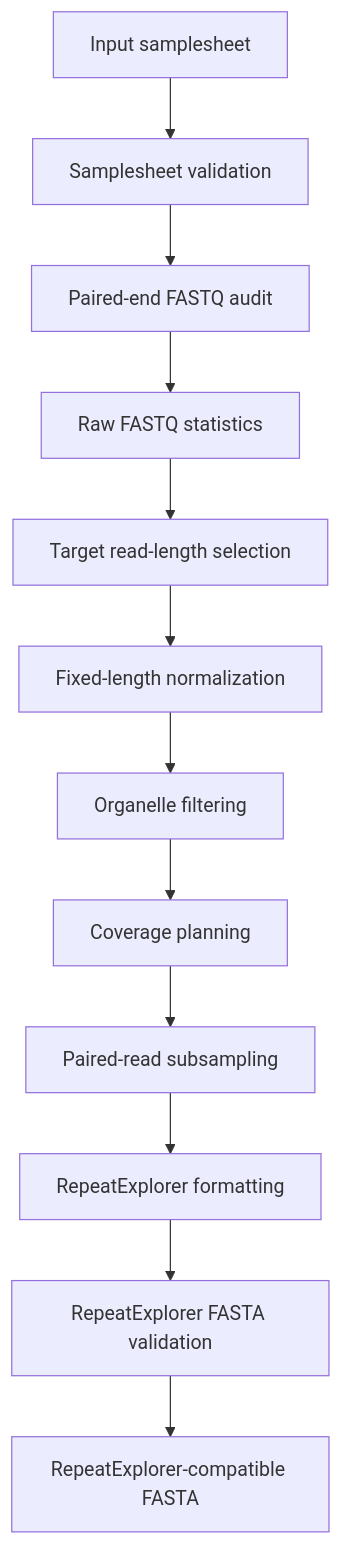
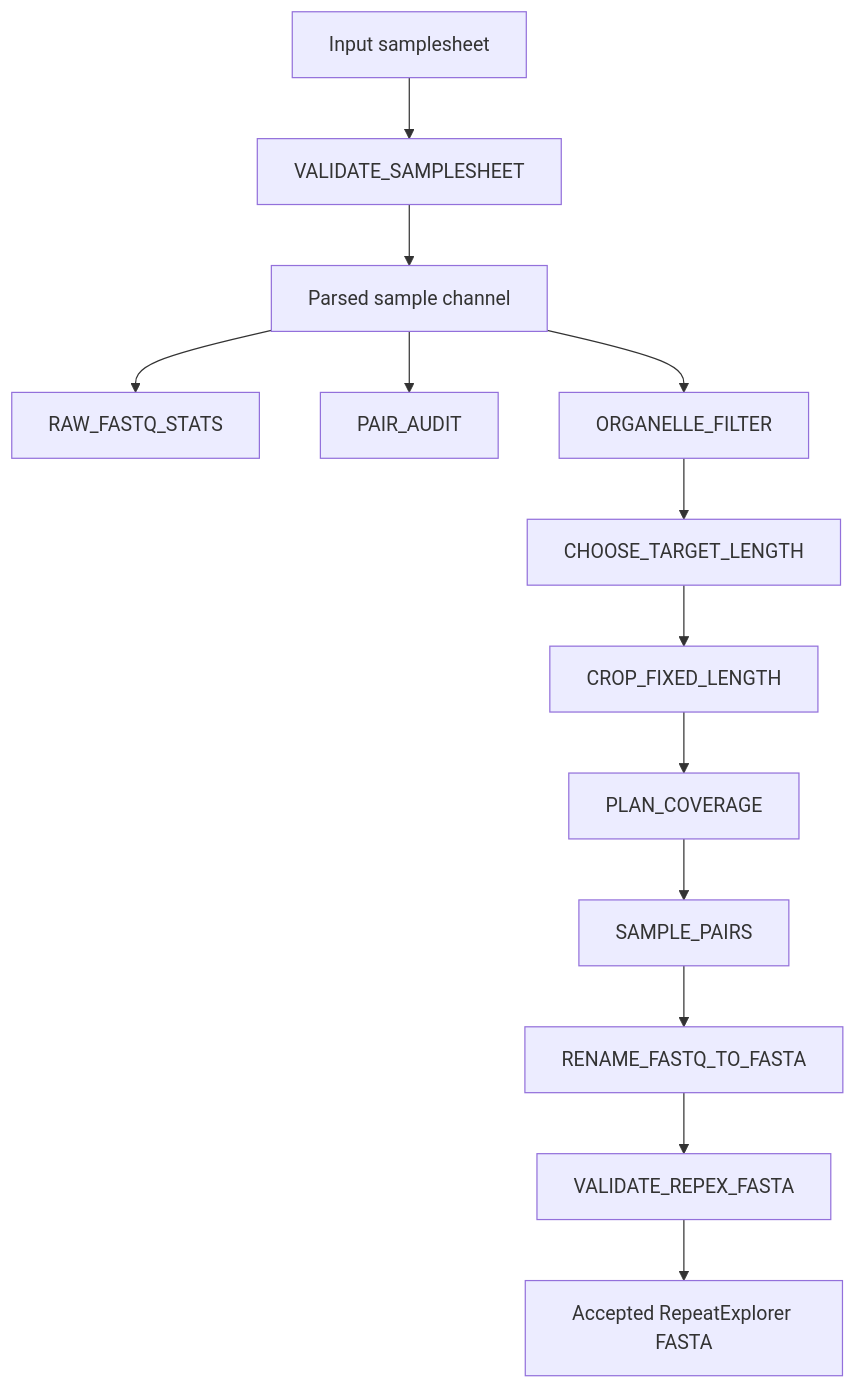
Before and after one commit to luciadotcom/repexprep: the diagram in README.md, drawn with Mermaid. The commit also changed other lines of this file and 6 other files, not shown here.

````diff
--- a/README.md
+++ b/README.md
@@ -14,14 +13,17 @@
 ```mermaid
 flowchart TD
-    A[Input samplesheet] --> B[Samplesheet validation]
-    B --> C[Paired-end FASTQ audit]
-    C --> D[Raw FASTQ statistics]
-    D --> E[Target read-length selection]
-    E --> F[Fixed-length normalization]
-    F --> G[Organelle filtering]
-    G --> H[Coverage planning]
-    H --> I[Paired-read subsampling]
-    I --> J[RepeatExplorer formatting]
-    J --> K[RepeatExplorer FASTA validation]
-    K --> L[RepeatExplorer-compatible FASTA]
+    A[Input samplesheet] --> B[VALIDATE_SAMPLESHEET]
+    B --> C[Parsed sample channel]
+
+    C --> D[RAW_FASTQ_STATS]
+    C --> E[PAIR_AUDIT]
+    C --> F[ORGANELLE_FILTER]
+
+    F --> G[CHOOSE_TARGET_LENGTH]
+    G --> H[CROP_FIXED_LENGTH]
+    H --> I[PLAN_COVERAGE]
+    I --> J[SAMPLE_PAIRS]
+    J --> K[RENAME_FASTQ_TO_FASTA]
+    K --> L[VALIDATE_REPEX_FASTA]
+    L --> M[Accepted RepeatExplorer FASTA]
 ```
````
